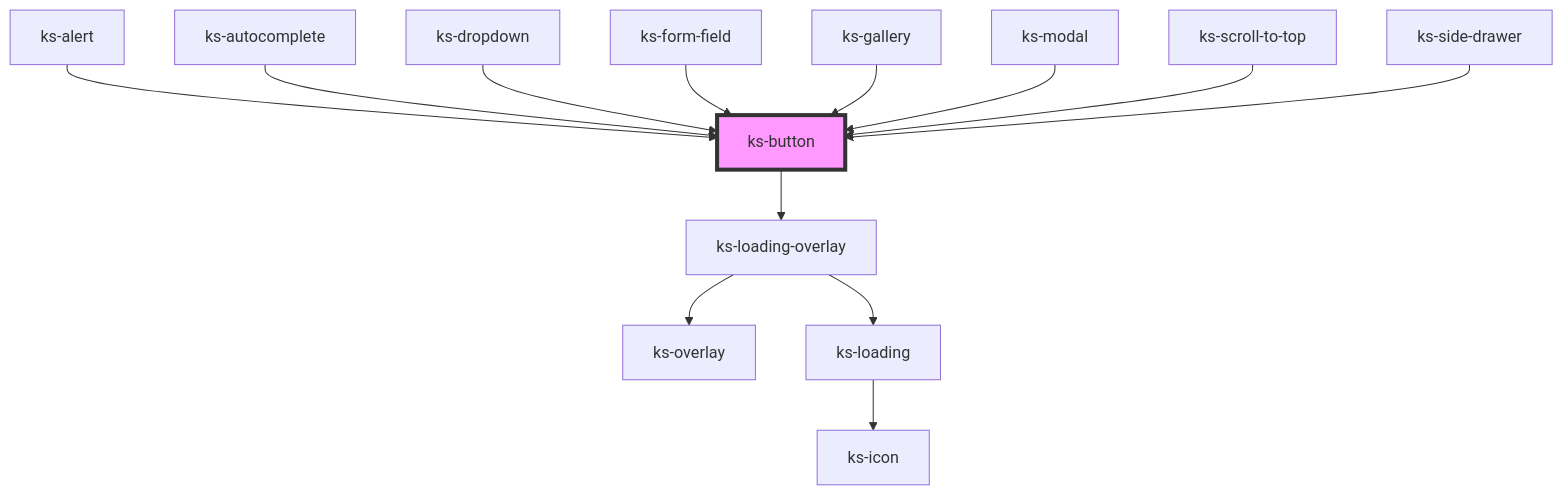
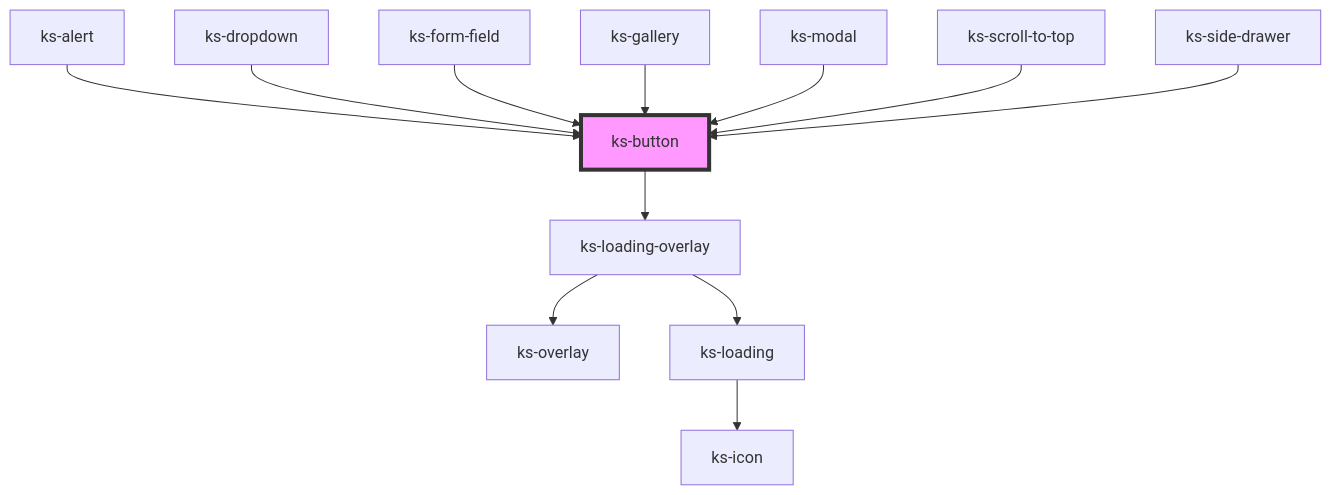
One commit to kickstand-ui/kickstand-ui changed the diagram in src/scripts/components/button/readme.md. Above: the diagram before and after it, drawn with Mermaid. The commit also changed other lines of this file and 4 other files, not shown here.

````diff
--- a/src/scripts/components/button/readme.md
+++ b/src/scripts/components/button/readme.md
@@ -62,16 +61,15 @@
 ```mermaid
 graph TD;
   ks-button --> ks-loading-overlay
   ks-loading-overlay --> ks-overlay
   ks-loading-overlay --> ks-loading
   ks-loading --> ks-icon
   ks-alert --> ks-button
-  ks-autocomplete --> ks-button
   ks-dropdown --> ks-button
   ks-form-field --> ks-button
   ks-gallery --> ks-button
   ks-modal --> ks-button
   ks-scroll-to-top --> ks-button
   ks-side-drawer --> ks-button
   style ks-button fill:#f9f,stroke:#333,stroke-width:4px
 ```
````
